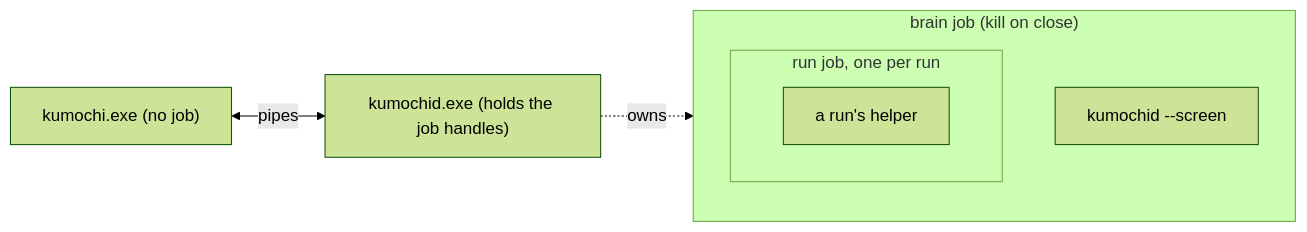
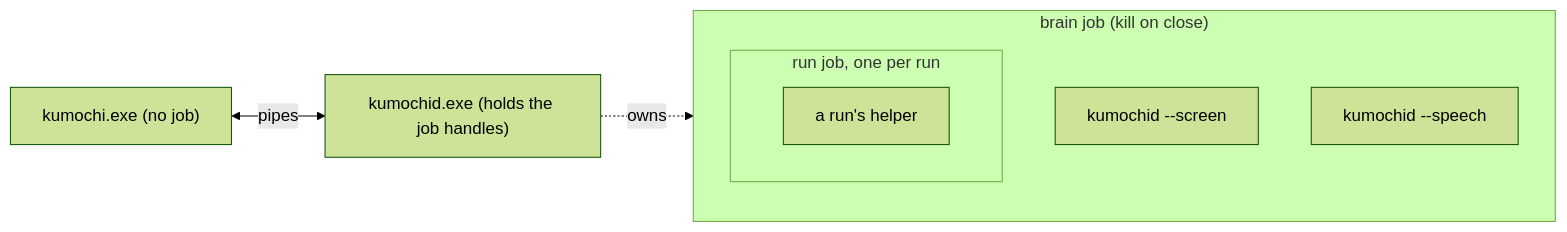
One commit to labcoder/capsula changed the first of 2 diagrams in docs/development/processes.md. Above: the diagram before and after it, drawn with Mermaid (forest theme). The commit also changed other lines of this file and 26 other files, not shown here.

````diff
--- a/docs/development/processes.md
+++ b/docs/development/processes.md
@@ -9,13 +9,14 @@
 ```mermaid
 flowchart LR
   Shell["kumochi.exe (no job)"]
   subgraph BrainJob["brain job (kill on close)"]
     Screen["kumochid --screen"]
+    Speech["kumochid --speech"]
     subgraph RunJob["run job, one per run"]
       Child["a run's helper"]
     end
   end
   Brain["kumochid.exe (holds the job handles)"]
   Shell <-->|pipes| Brain
   Brain -.->|owns| BrainJob
 ```
````
